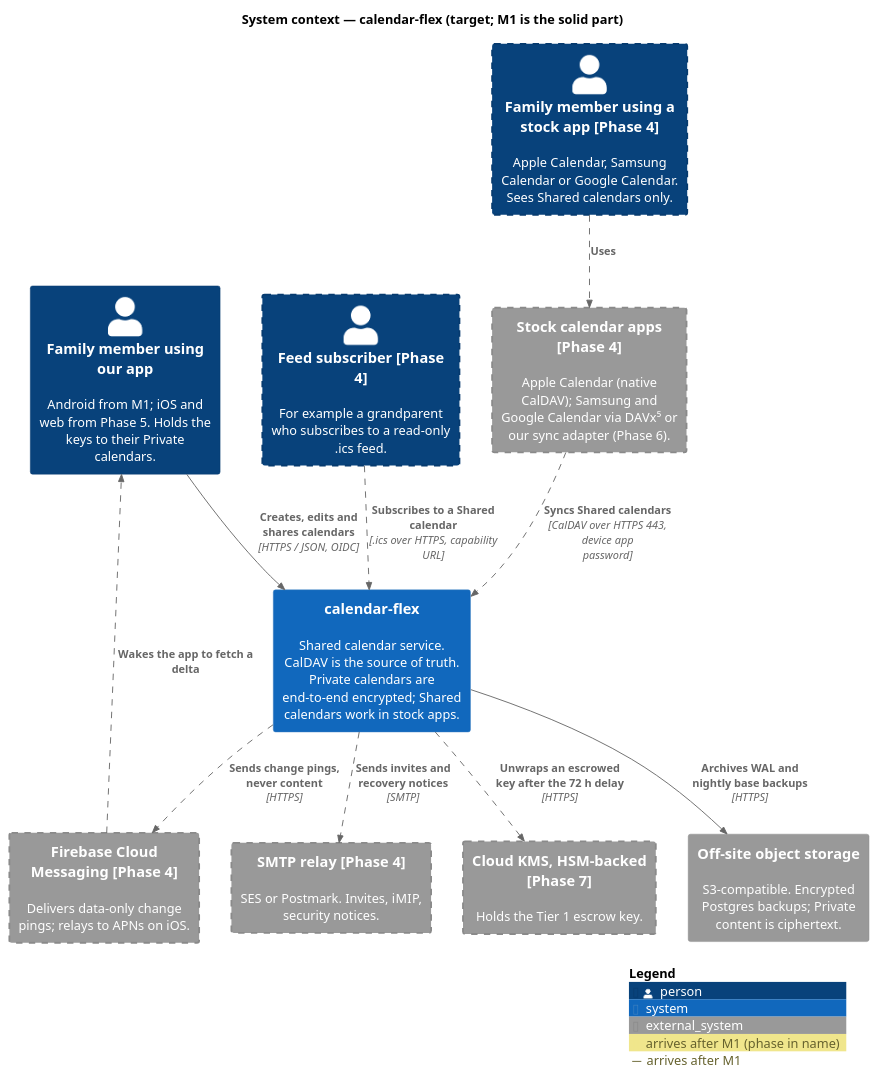
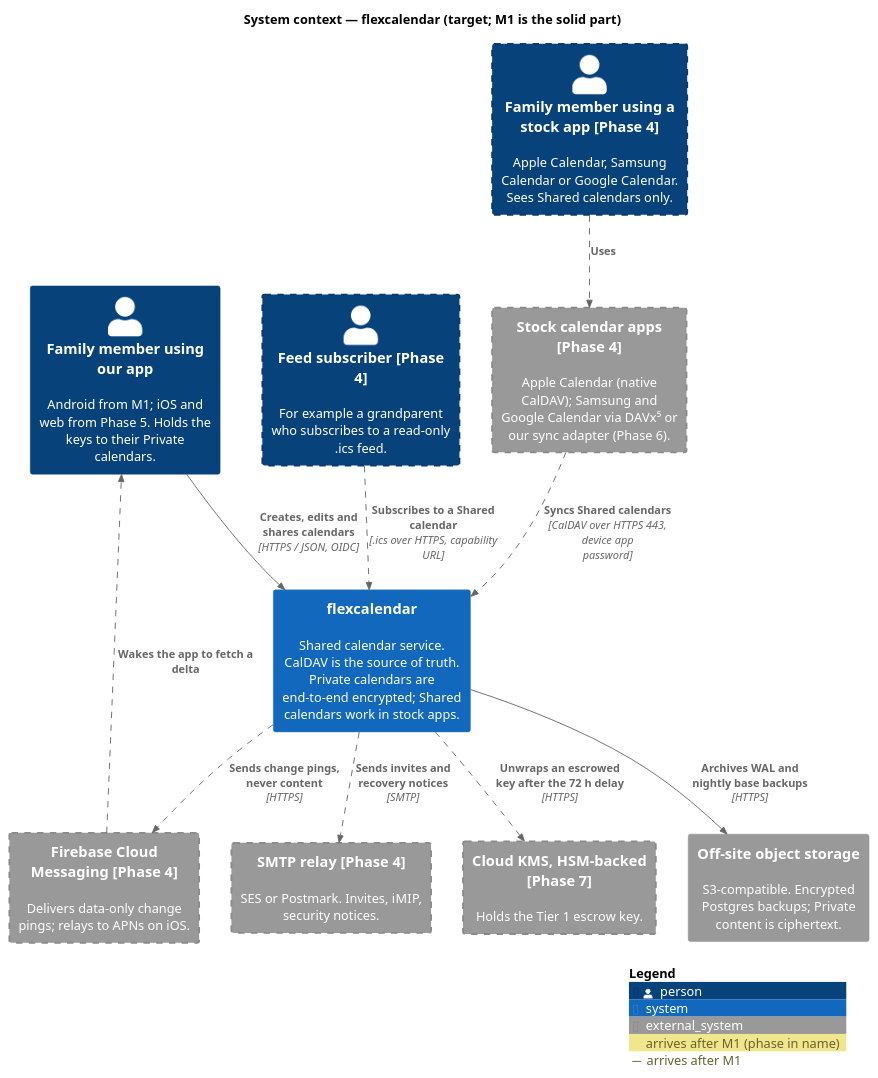
The diagram in docs/diagrams/c4-1-context.puml (fabelhaft-io/flexcalendar), drawn with PlantUML before and after one commit. The commit also changed 60 other files, not shown here.

```diff
--- a/docs/diagrams/c4-1-context.puml
+++ b/docs/diagrams/c4-1-context.puml
@@ -1,36 +1,36 @@
 @startuml c4-1-context
 ' C4 level 1 — System context, target system.
 ' Elements with a dashed border arrive after M1; the phase is in their name (docs/04, ADR 0003).
 !include <C4/C4_Context>
 
 LAYOUT_TOP_DOWN()
 
 AddElementTag("later", $borderStyle=DashedLine(), $borderThickness="2", $legendText="arrives after M1 (phase in name)")
 AddRelTag("later", $lineStyle=DashedLine(), $legendText="arrives after M1")
 
-title System context — calendar-flex (target; M1 is the solid part)
+title System context — flexcalendar (target; M1 is the solid part)
 
 Person(member, "Family member using our app", "Android from M1; iOS and web from Phase 5. Holds the keys to their Private calendars.")
 Person(stockUser, "Family member using a stock app [Phase 4]", "Apple Calendar, Samsung Calendar or Google Calendar. Sees Shared calendars only.", $tags="later")
 Person(subscriber, "Feed subscriber [Phase 4]", "For example a grandparent who subscribes to a read-only .ics feed.", $tags="later")
 
-System(calflex, "calendar-flex", "Shared calendar service. CalDAV is the source of truth. Private calendars are end-to-end encrypted; Shared calendars work in stock apps.")
+System(calflex, "flexcalendar", "Shared calendar service. CalDAV is the source of truth. Private calendars are end-to-end encrypted; Shared calendars work in stock apps.")
 
 System_Ext(stockApps, "Stock calendar apps [Phase 4]", "Apple Calendar (native CalDAV); Samsung and Google Calendar via DAVx⁵ or our sync adapter (Phase 6).", $tags="later")
 System_Ext(fcm, "Firebase Cloud Messaging [Phase 4]", "Delivers data-only change pings; relays to APNs on iOS.", $tags="later")
 System_Ext(smtp, "SMTP relay [Phase 4]", "SES or Postmark. Invites, iMIP, security notices.", $tags="later")
 System_Ext(kms, "Cloud KMS, HSM-backed [Phase 7]", "Holds the Tier 1 escrow key.", $tags="later")
 System_Ext(backup, "Off-site object storage", "S3-compatible. Encrypted Postgres backups; Private content is ciphertext.")
 
 Rel(member, calflex, "Creates, edits and shares calendars", "HTTPS / JSON, OIDC")
 Rel(stockUser, stockApps, "Uses", $tags="later")
 Rel(stockApps, calflex, "Syncs Shared calendars", "CalDAV over HTTPS 443, device app password", $tags="later")
 Rel(subscriber, calflex, "Subscribes to a Shared calendar", ".ics over HTTPS, capability URL", $tags="later")
 Rel(calflex, fcm, "Sends change pings, never content", "HTTPS", $tags="later")
 Rel(fcm, member, "Wakes the app to fetch a delta", $tags="later")
 Rel(calflex, smtp, "Sends invites and recovery notices", "SMTP", $tags="later")
 Rel(calflex, kms, "Unwraps an escrowed key after the 72 h delay", "HTTPS", $tags="later")
 Rel(calflex, backup, "Archives WAL and nightly base backups", "HTTPS")
 
 SHOW_LEGEND()
 @enduml
```
